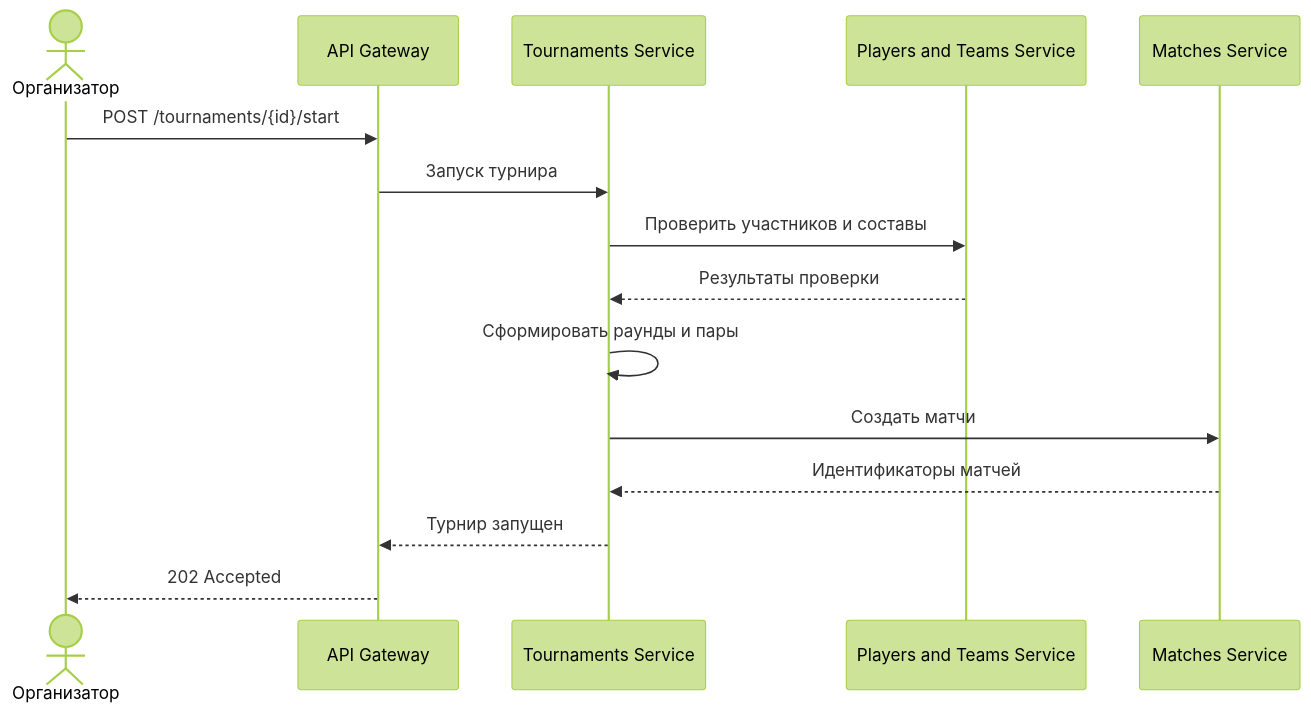
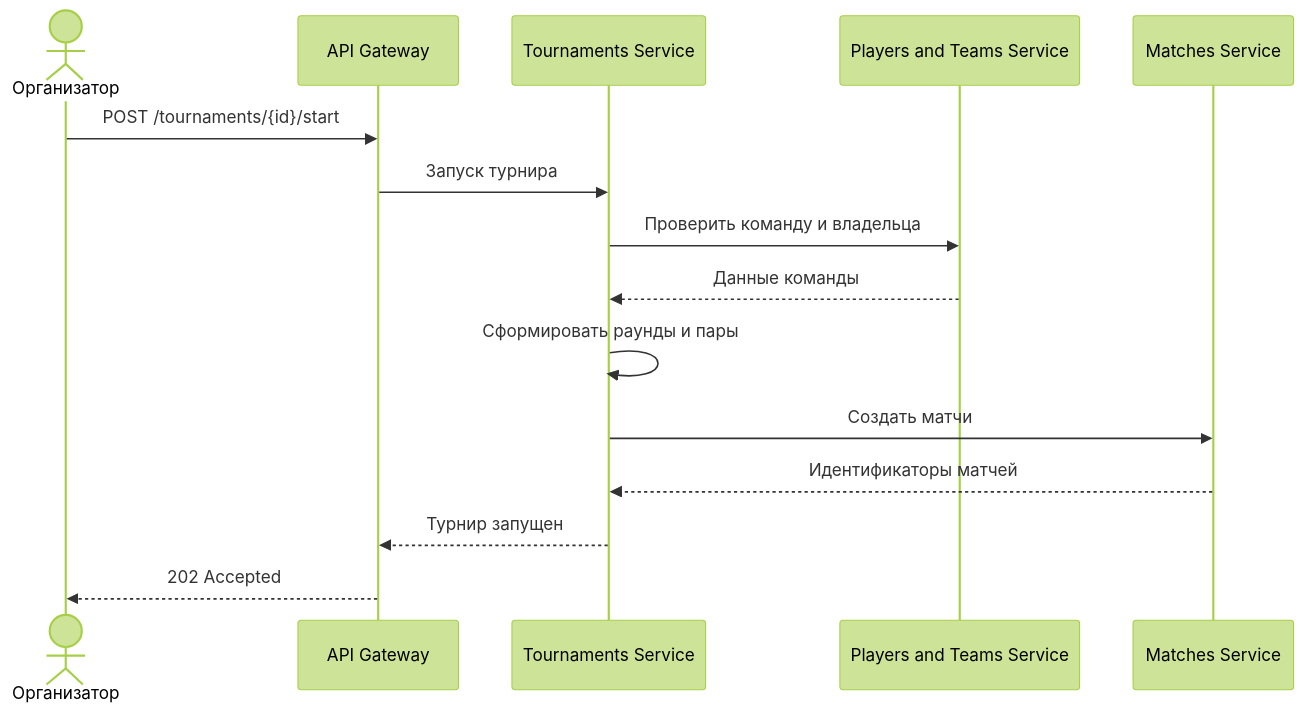
One commit to Neyvk/TournamentPlatform changed the second of 3 diagrams in docs/ARCHITECTURE.md. Above: the diagram before and after it, drawn with Mermaid (forest theme). The commit also changed other lines of this file and 9 other files, not shown here.

````diff
--- a/docs/ARCHITECTURE.md
+++ b/docs/ARCHITECTURE.md
@@ -220,18 +220,18 @@
 ```mermaid
 sequenceDiagram
     actor Organizer as Организатор
     participant Gateway as API Gateway
     participant Tournaments as Tournaments Service
     participant Players as Players and Teams Service
     participant Matches as Matches Service
 
     Organizer->>Gateway: POST /tournaments/{id}/start
     Gateway->>Tournaments: Запуск турнира
-    Tournaments->>Players: Проверить участников и составы
-    Players-->>Tournaments: Результаты проверки
+    Tournaments->>Players: Проверить команду и владельца
+    Players-->>Tournaments: Данные команды
     Tournaments->>Tournaments: Сформировать раунды и пары
     Tournaments->>Matches: Создать матчи
     Matches-->>Tournaments: Идентификаторы матчей
     Tournaments-->>Gateway: Турнир запущен
     Gateway-->>Organizer: 202 Accepted
 ```
````
